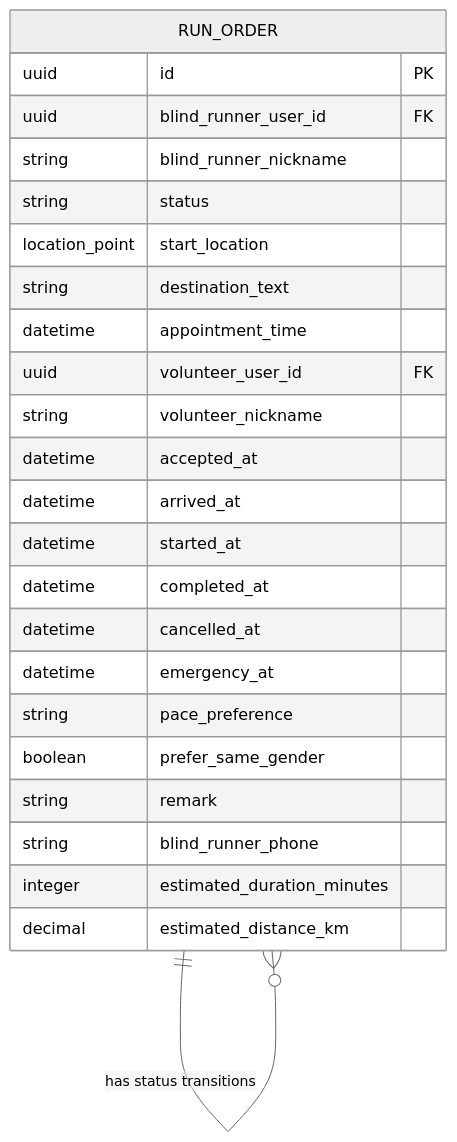
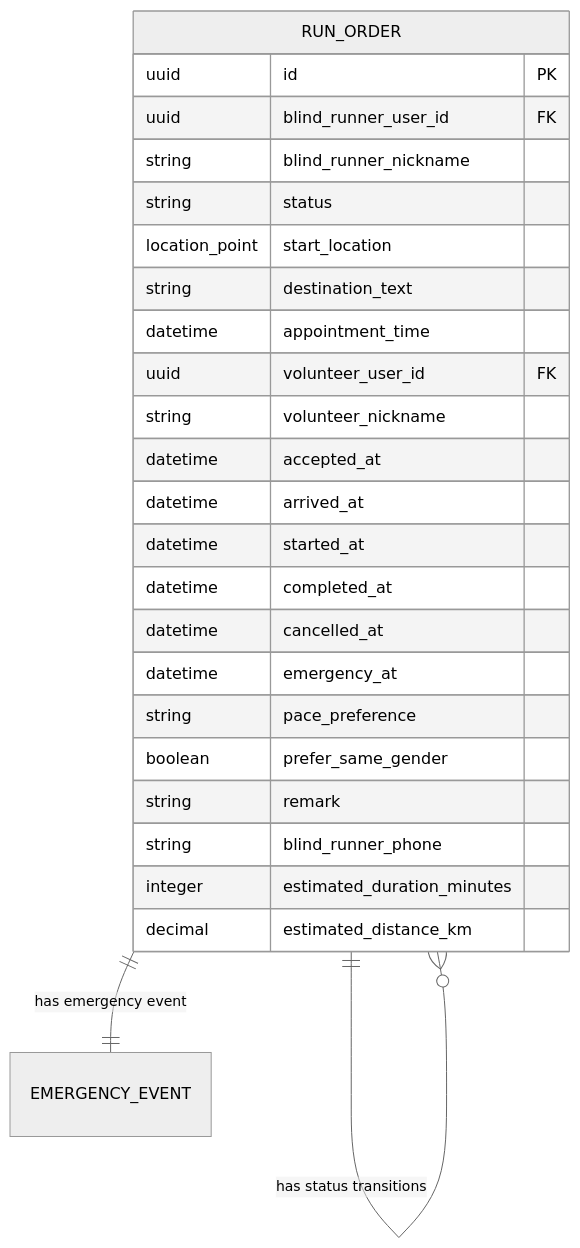
One commit to Jayden23018/blind-run-ios changed the fifth of 13 diagrams in .qoder/repowiki/zh/content/核心功能模块/订单生命周期管理.md. Above: the diagram before and after it, drawn with Mermaid (neutral theme). The commit also changed other lines of this file and 11 other files, not shown here.

Commit message:
Unify emergency safety flow and status handling

````diff
--- a/.qoder/repowiki/zh/content/核心功能模块/订单生命周期管理.md
+++ b/.qoder/repowiki/zh/content/核心功能模块/订单生命周期管理.md
@@ -301,27 +327,28 @@
 ```mermaid
 erDiagram
 RUN_ORDER {
 uuid id PK
 uuid blind_runner_user_id FK
 string blind_runner_nickname
 string status
 location_point start_location
 string destination_text
 datetime appointment_time
 uuid volunteer_user_id FK
 string volunteer_nickname
 datetime accepted_at
 datetime arrived_at
 datetime started_at
 datetime completed_at
 datetime cancelled_at
 datetime emergency_at
 string pace_preference
 boolean prefer_same_gender
 string remark
 string blind_runner_phone
 integer estimated_duration_minutes
 decimal estimated_distance_km
 }
 RUN_ORDER ||--o{ RUN_ORDER : "has status transitions"
+RUN_ORDER ||--|| EMERGENCY_EVENT : "has emergency event"
 ```
````
